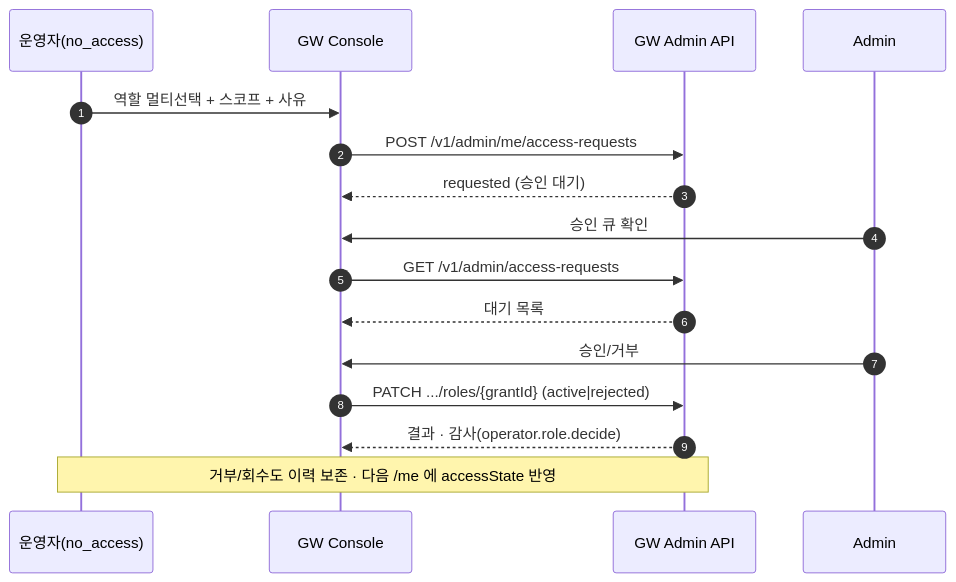
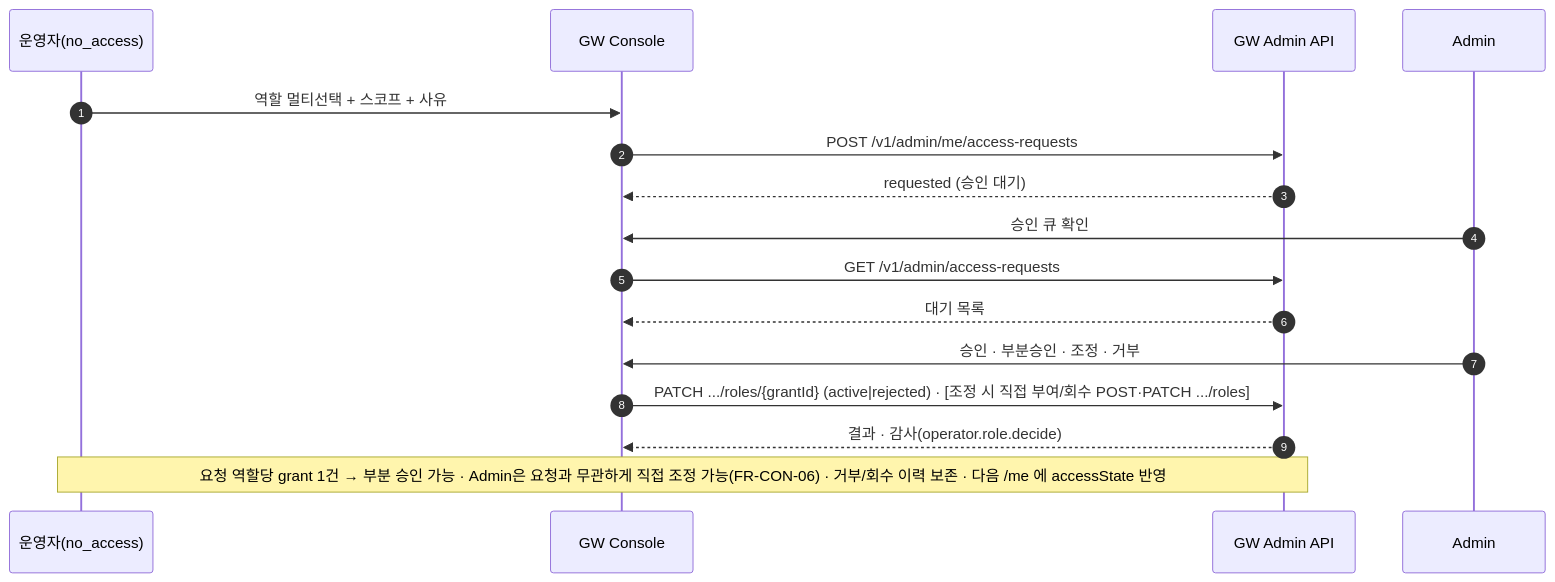
One commit to gracegyu/scp-architecture changed the sixth of 9 diagrams in docs/VT_API_Gateway/08.VT_API_Gateway/specs/03c-subsrs-gw-console/SRS.md. Above: the diagram before and after it, drawn with Mermaid. The commit also changed other lines of this file, not shown here.

````diff
--- a/docs/VT_API_Gateway/08.VT_API_Gateway/specs/03c-subsrs-gw-console/SRS.md
+++ b/docs/VT_API_Gateway/08.VT_API_Gateway/specs/03c-subsrs-gw-console/SRS.md
@@ -204,18 +228,18 @@
 ```mermaid
 sequenceDiagram
     autonumber
     participant OP as 운영자(no_access)
     participant C as GW Console
     participant GW as GW Admin API
     participant AD as Admin
     OP->>C: 역할 멀티선택 + 스코프 + 사유
     C->>GW: POST /v1/admin/me/access-requests
     GW-->>C: requested (승인 대기)
     AD->>C: 승인 큐 확인
     C->>GW: GET /v1/admin/access-requests
     GW-->>C: 대기 목록
-    AD->>C: 승인/거부
-    C->>GW: PATCH .../roles/{grantId} (active|rejected)
+    AD->>C: 승인 · 부분승인 · 조정 · 거부
+    C->>GW: PATCH .../roles/{grantId} (active|rejected) · [조정 시 직접 부여/회수 POST·PATCH .../roles]
     GW-->>C: 결과 · 감사(operator.role.decide)
-    Note over OP,GW: 거부/회수도 이력 보존 · 다음 /me 에 accessState 반영
+    Note over OP,GW: 요청 역할당 grant 1건 → 부분 승인 가능 · Admin은 요청과 무관하게 직접 조정 가능(FR-CON-06) · 거부/회수 이력 보존 · 다음 /me 에 accessState 반영
 ```
````
